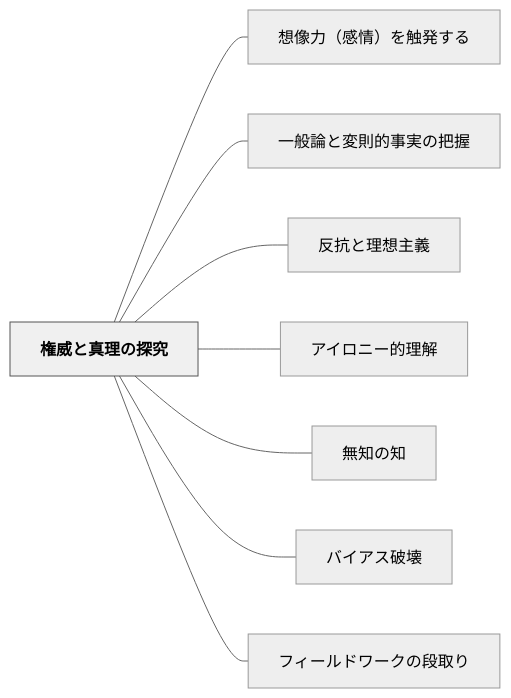
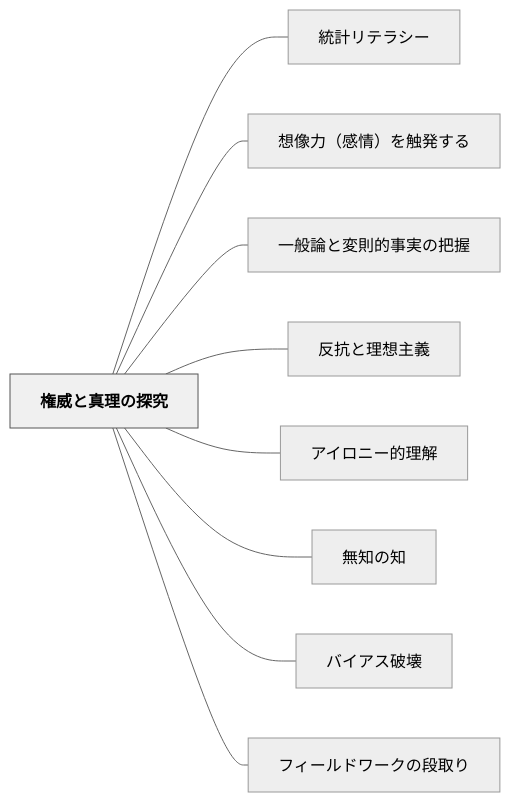
Before and after one commit to unknownthings-ed-patterns/unknownthings-ed-patterns: the diagram in content/パタン/権威と真理の探究.md, drawn with Mermaid (neutral theme). The commit also changed other lines of this file and 473 other files, not shown here.

````diff
--- a/content/パタン/権威と真理の探究.md
+++ b/content/パタン/権威と真理の探究.md
@@ -50,22 +51,24 @@
 ```mermaid
 flowchart LR
     ne6a8a9e5a881["権威と真理の探究"]
+    ne7b5b1e8a888["統計リテラシー"]
     ne683b3e5838f["想像力（感情）を触発する"]
     ne4b880e888ac["一般論と変則的事実の把握"]
     ne58f8de68a97["反抗と理想主義"]
     ne382a2e382a4["アイロニー的理解"]
     ne784a1e79fa5["無知の知"]
     ne38390e382a4["バイアス破壊"]
     ne38395e382a3["フィールドワークの段取り"]
 
+    ne6a8a9e5a881 --- ne7b5b1e8a888
     ne6a8a9e5a881 --- ne683b3e5838f
     ne6a8a9e5a881 --- ne4b880e888ac
     ne6a8a9e5a881 --- ne58f8de68a97
     ne6a8a9e5a881 --- ne382a2e382a4
     ne6a8a9e5a881 --- ne784a1e79fa5
     ne6a8a9e5a881 --- ne38390e382a4
     ne6a8a9e5a881 --- ne38395e382a3
 
     classDef hub fill:#f0f0f0,stroke:#555,color:#000,font-weight:bold
     class ne6a8a9e5a881 hub
 ```
````
